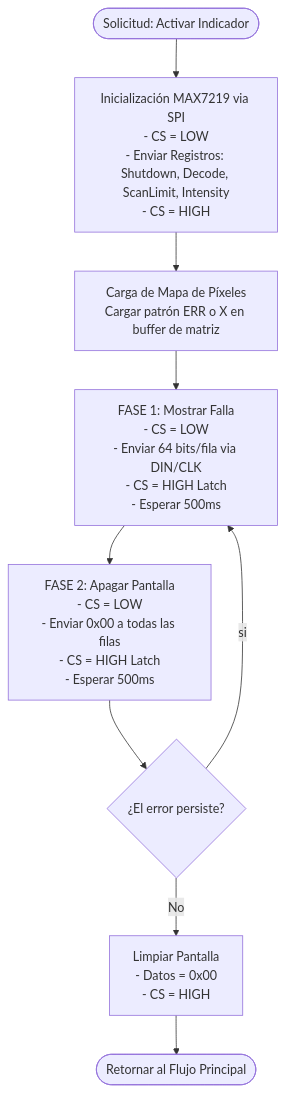
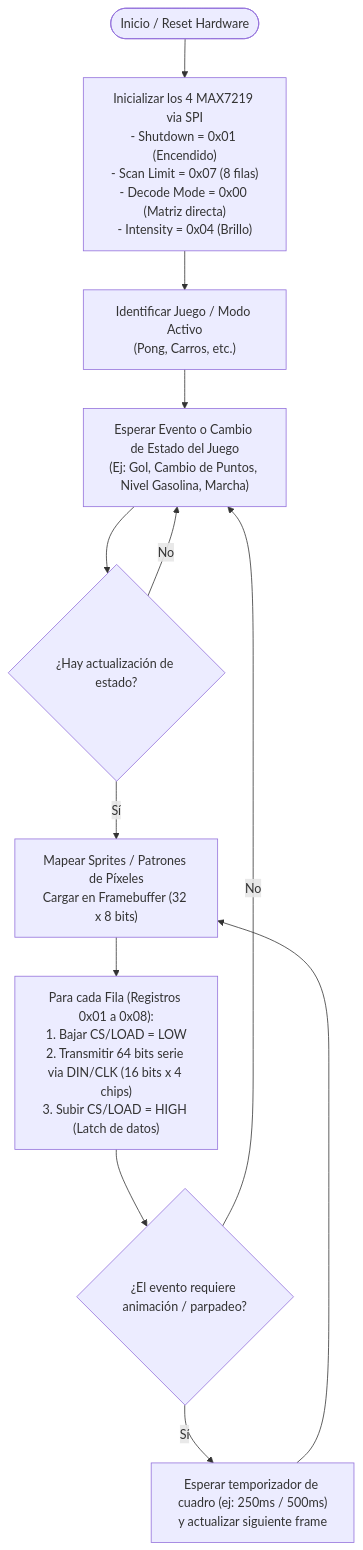
One commit to KUBIX2026/MAX7219- changed the second of 2 diagrams in README.md. Above: the diagram before and after it, drawn with Mermaid. The commit also changed other lines of this file, not shown here.

Commit message:
Update flowchart in README with new states

````diff
--- a/README.md
+++ b/README.md
@@ -169,17 +169,23 @@
 ```mermaid
 graph TD
-    A([Solicitud: Activar Indicador]) --> B["Inicialización MAX7219 via SPI<br>- CS = LOW<br>- Enviar Registros: Shutdown, Decode, ScanLimit, Intensity<br>- CS = HIGH"]
+    A([Inicio / Reset Hardware]) --> B["Inicializar los 4 MAX7219 via SPI<br>- Shutdown = 0x01 (Encendido)<br>- Scan Limit = 0x07 (8 filas)<br>- Decode Mode = 0x00 (Matriz directa)<br>- Intensity = 0x04 (Brillo)"]
     
-    B --> C["Carga de Mapa de Píxeles<br>Cargar patrón ERR o X en buffer de matriz"]
+    B --> C["Identificar Juego / Modo Activo<br>(Pong, Carros, etc.)"]
     
-    C --> D["FASE 1: Mostrar Falla<br>- CS = LOW<br>- Enviar 64 bits/fila via DIN/CLK<br>- CS = HIGH Latch<br>- Esperar 500ms"]
+    C --> D["Esperar Evento o Cambio de Estado del Juego<br>(Ej: Gol, Cambio de Puntos, Nivel Gasolina, Marcha)"]
     
-    D --> E["FASE 2: Apagar Pantalla<br>- CS = LOW<br>- Enviar 0x00 a todas las filas<br>- CS = HIGH Latch<br>- Esperar 500ms"]
+    D --> E{"¿Hay actualización de estado?"}
     
-    E --> F{"¿El error persiste?"}
+    E -- No --> D
     
-    F -- si --> D
-    F -- No --> G["Limpiar Pantalla<br>- Datos = 0x00<br>- CS = HIGH"]
+    E -- Sí --> F["Mapear Sprites / Patrones de Píxeles<br>Cargar en Framebuffer (32 x 8 bits)"]
     
-    G --> H([Retornar al Flujo Principal])
+    F --> G["Para cada Fila (Registros 0x01 a 0x08):<br>1. Bajar CS/LOAD = LOW<br>2. Transmitir 64 bits serie via DIN/CLK (16 bits x 4 chips)<br>3. Subir CS/LOAD = HIGH (Latch de datos)"]
+    
+    G --> H{"¿El evento requiere animación / parpadeo?"}
+    
+    H -- Sí --> I["Esperar temporizador de cuadro (ej: 250ms / 500ms)<br>y actualizar siguiente frame"]
+    I --> F
+    
+    H -- No --> D
 ```
````
